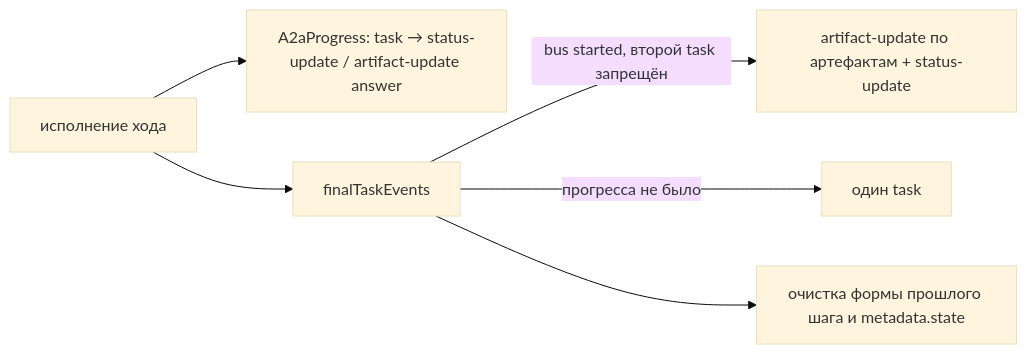
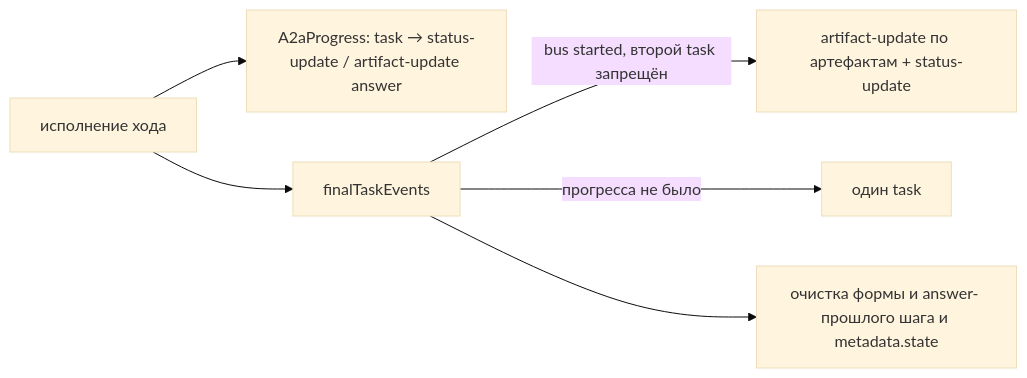
Before and after one commit to AI-37/ai37-agent-sdk: the third of 9 diagrams in README.md, drawn with Mermaid (base theme). The commit also changed other lines of this file, not shown here.

````diff
--- a/README.md
+++ b/README.md
@@ -87,8 +87,8 @@
 ```mermaid
 flowchart LR
   EX[исполнение хода] --> P[A2aProgress: task → status-update / artifact-update answer]
   EX --> F[finalTaskEvents]
   F -->|bus started, второй task запрещён| AU[artifact-update по артефактам + status-update]
   F -->|прогресса не было| T[один task]
-  F --> CL[очистка формы прошлого шага и metadata.state]
+  F --> CL[очистка формы и answer-<taskId> прошлого шага и metadata.state]
 ```
````
